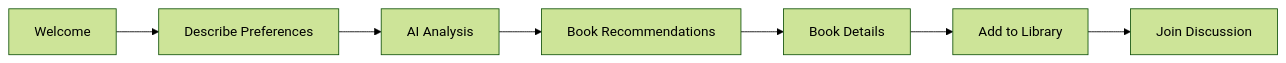
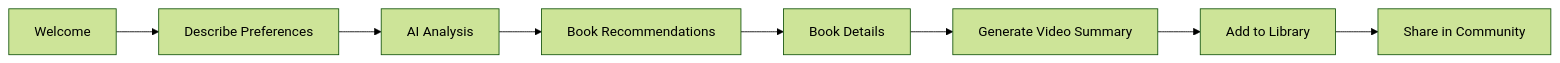
One commit to AksharaaSharmaa/Library_Recommendation_System changed the diagram in README.md. Above: the diagram before and after it, drawn with Mermaid (forest theme). The commit also changed other lines of this file, not shown here.

````diff
--- a/README.md
+++ b/README.md
@@ -175,9 +212,10 @@
 ```mermaid
 graph LR
     A[Welcome] --> B[Describe Preferences]
     B --> C[AI Analysis]
     C --> D[Book Recommendations]
     D --> E[Book Details]
-    E --> F[Add to Library]
-    F --> G[Join Discussion]
+    E --> F[Generate Video Summary]
+    F --> G[Add to Library]
+    G --> H[Share in Community]
 ```
````
